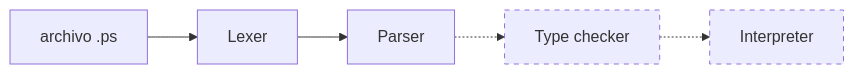
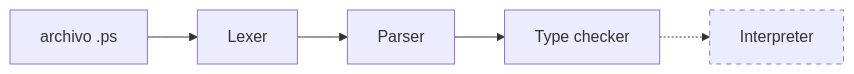
One commit to G16IS/print-script changed the diagram in README.md. Above: the diagram before and after it, drawn with Mermaid. The commit also changed other lines of this file and 23 other files, not shown here.

````diff
--- a/README.md
+++ b/README.md
@@ -50,10 +50,9 @@
 ```mermaid
 flowchart LR
     A["archivo .ps"] --> B["Lexer"]
     B --> C["Parser"]
-    C -.-> D["Type checker"]
+    C --> D["Type checker"]
     D -.-> E["Interpreter"]
 
-    style D stroke-dasharray: 5 5
     style E stroke-dasharray: 5 5
 ```
````
